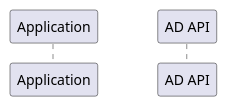
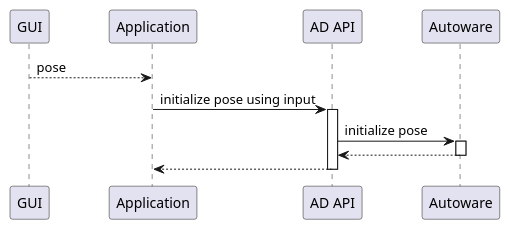
The diagram in docs/design/autoware-interfaces/ad-api/use-cases/sequence/initialize-pose-input.plantuml (tier4/autoware-documentation), drawn with PlantUML before and after one commit. The commit also changed 1 other file, not shown here.

Commit message:
Update initial pose sequence

```diff
--- a/docs/design/autoware-interfaces/ad-api/use-cases/sequence/initialize-pose-input.plantuml
+++ b/docs/design/autoware-interfaces/ad-api/use-cases/sequence/initialize-pose-input.plantuml
@@ -1,7 +1,15 @@
 @startuml
 
 skinparam ParticipantPadding 25
+participant "GUI" as gui
 participant "Application" as system
 participant "AD API" as api
+participant "Autoware" as autoware
+
+gui --> system: pose
+system -> api ++: initialize pose using input
+api -> autoware ++: initialize pose
+return
+return
 
 @enduml
```
